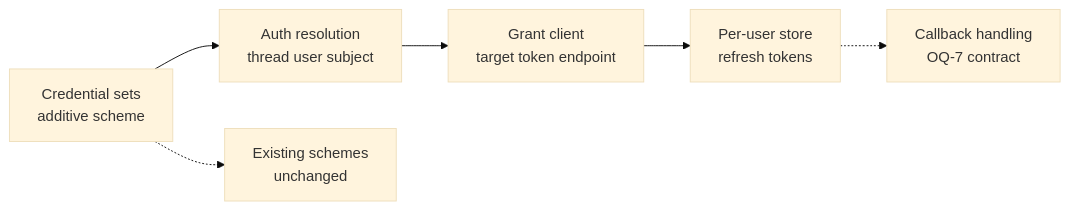
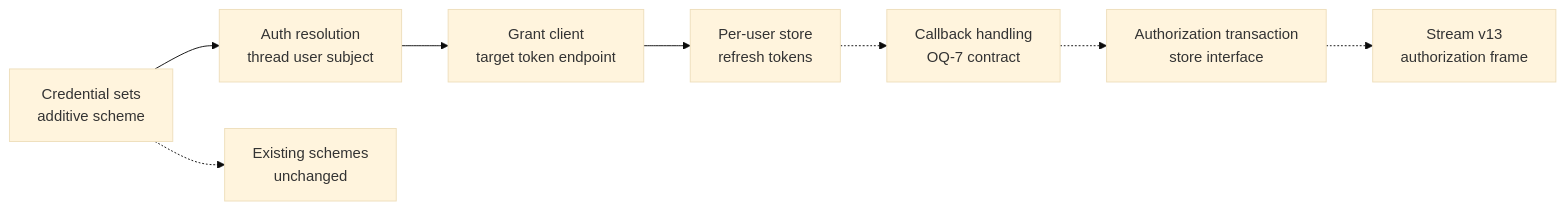
The eighth of 9 diagrams in .qoder/repowiki/en/content/Platform Overview/ADR-0015_ Outbound User-Delegated Identity via Per-User OAuth.md (metasync/luban-aiops), drawn with Mermaid (base theme) before and after one commit. The commit also changed other lines of this file and 215 other files, not shown here.

````diff
--- a/.qoder/repowiki/en/content/Platform Overview/ADR-0015_ Outbound User-Delegated Identity via Per-User OAuth.md
+++ b/.qoder/repowiki/en/content/Platform Overview/ADR-0015_ Outbound User-Delegated Identity via Per-User OAuth.md
@@ -253,8 +421,10 @@
 ```mermaid
 flowchart LR
 CS["Credential sets<br/>additive scheme"] --> AR["Auth resolution<br/>thread user subject"]
 AR --> GC["Grant client<br/>target token endpoint"]
 GC --> ST["Per-user store<br/>refresh tokens"]
 CS -.-> EX["Existing schemes<br/>unchanged"]
 ST -.-> CB["Callback handling<br/>OQ-7 contract"]
+CB -.-> AT["Authorization transaction<br/>store interface"]
+AT -.-> STREAM["Stream v13<br/>authorization frame"]
 ```
````
